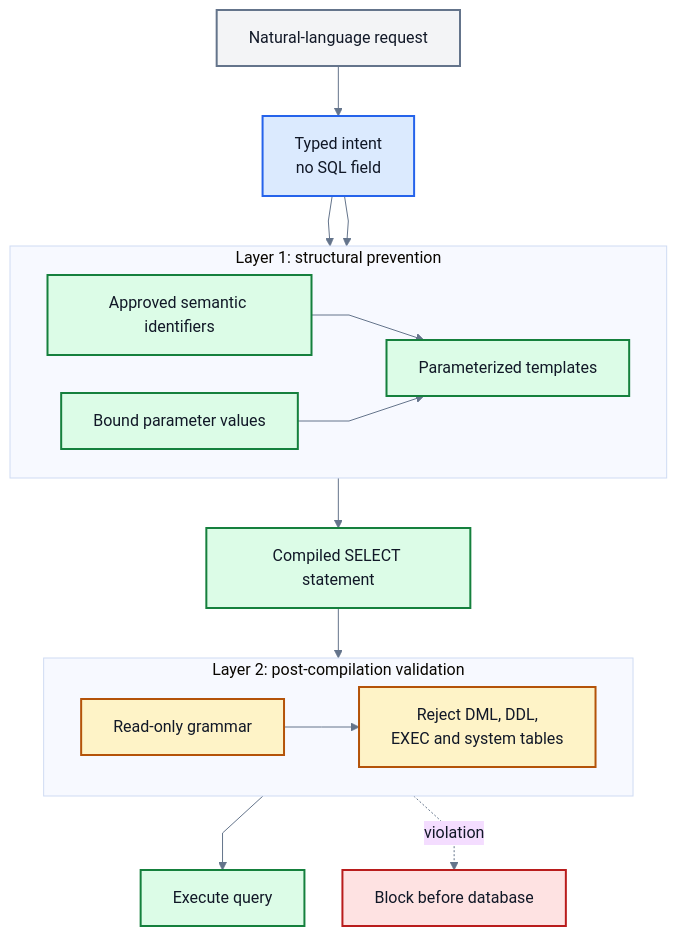
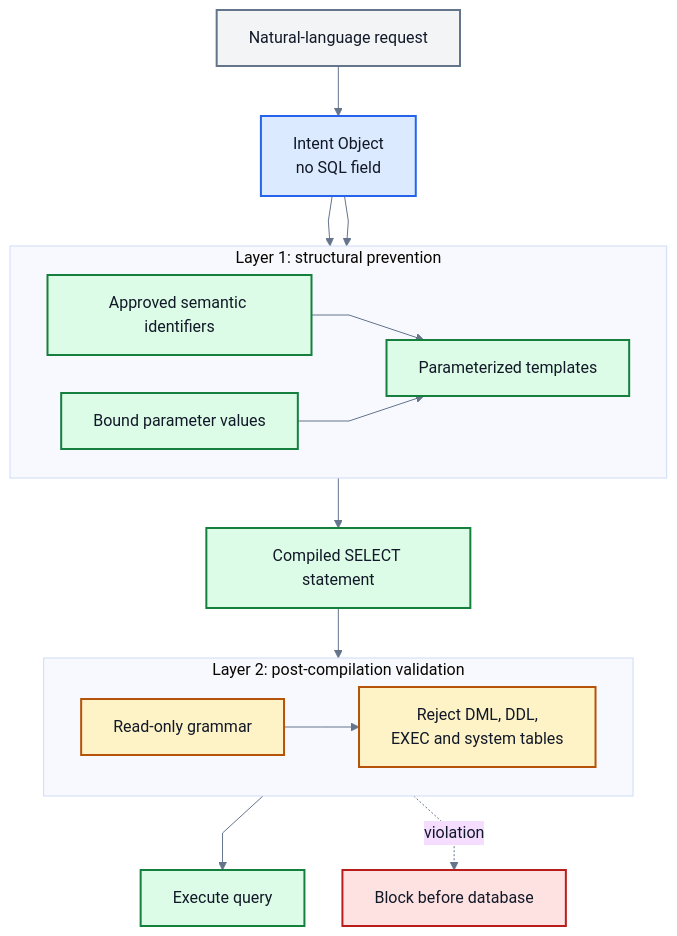
The diagram in docs/scripts/thesis_book_generator/figures/source/figure-07-sql-safety-defense.mmd (md-riaz/AEGIS-Research), drawn with Mermaid before and after one commit. The commit also changed 28 other files, not shown here.

```diff
--- a/docs/scripts/thesis_book_generator/figures/source/figure-07-sql-safety-defense.mmd
+++ b/docs/scripts/thesis_book_generator/figures/source/figure-07-sql-safety-defense.mmd
@@ -1,46 +1,46 @@
 %% AEGIS thesis SQL safety figure source
 %%{init: {"theme": "base", "themeCSS": ".nodeLabel, .edgeLabel, .cluster-label { font-family: Arial, sans-serif !important; } .nodeLabel { font-size: 16px; } .edgeLabel { font-size: 14px; } .cluster-label { font-weight: 700; }", "themeVariables": {"fontFamily": "Arial, sans-serif", "primaryTextColor": "#111827", "lineColor": "#64748b"}, "flowchart": {"nodeSpacing": 38, "rankSpacing": 50, "curve": "linear", "padding": 16}}}%%
 flowchart TB
     NL["Natural-language request"]
-    INT["Typed intent<br/>no SQL field"]
+    INT["Intent Object<br/>no SQL field"]
 
     subgraph L1["Layer 1: structural prevention"]
       direction LR
       SEM["Approved semantic identifiers"]
       TEMP["Parameterized templates"]
       PARAM["Bound parameter values"]
       SEM --> TEMP
       PARAM --> TEMP
     end
 
     SQL["Compiled SELECT statement"]
 
     subgraph L2["Layer 2: post-compilation validation"]
       direction LR
       READ["Read-only grammar"]
       FORBID["Reject DML, DDL,<br/>EXEC and system tables"]
       READ --> FORBID
     end
 
     OK["Execute query"]
     BLOCK["Block before database"]
 
     NL --> INT --> SEM
     INT --> PARAM
     TEMP --> SQL --> READ
     FORBID --> OK
     FORBID -. violation .-> BLOCK
 
     classDef input fill:#f3f4f6,stroke:#64748b,color:#111827,stroke-width:2px;
     classDef intent fill:#dbeafe,stroke:#2563eb,color:#111827,stroke-width:2px;
     classDef layer1 fill:#dcfce7,stroke:#15803d,color:#111827,stroke-width:2px;
     classDef layer2 fill:#fef3c7,stroke:#b45309,color:#111827,stroke-width:2px;
     classDef ok fill:#dcfce7,stroke:#15803d,color:#111827,stroke-width:2px;
     classDef err fill:#fee2e2,stroke:#b91c1c,color:#111827,stroke-width:2px;
 
     class NL input;
     class INT intent;
     class SEM,TEMP,PARAM,SQL layer1;
     class READ,FORBID layer2;
     class OK ok;
     class BLOCK err;
```
